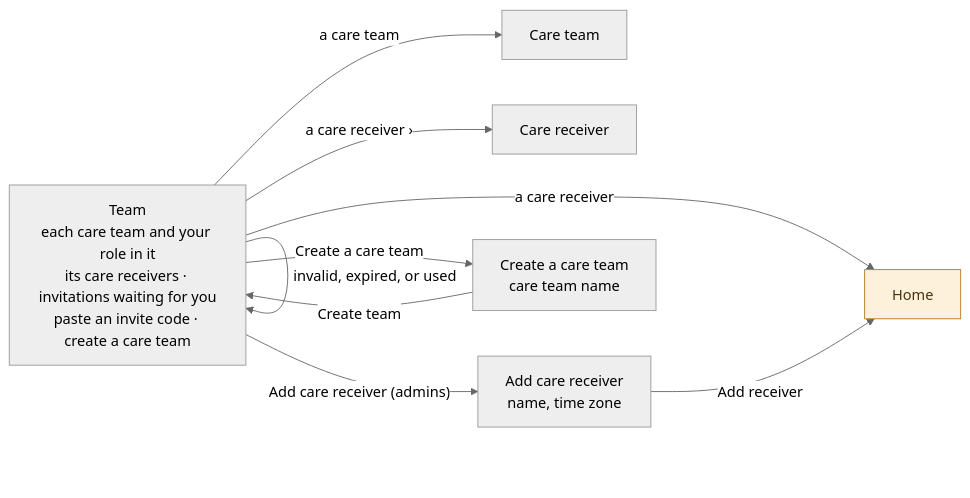
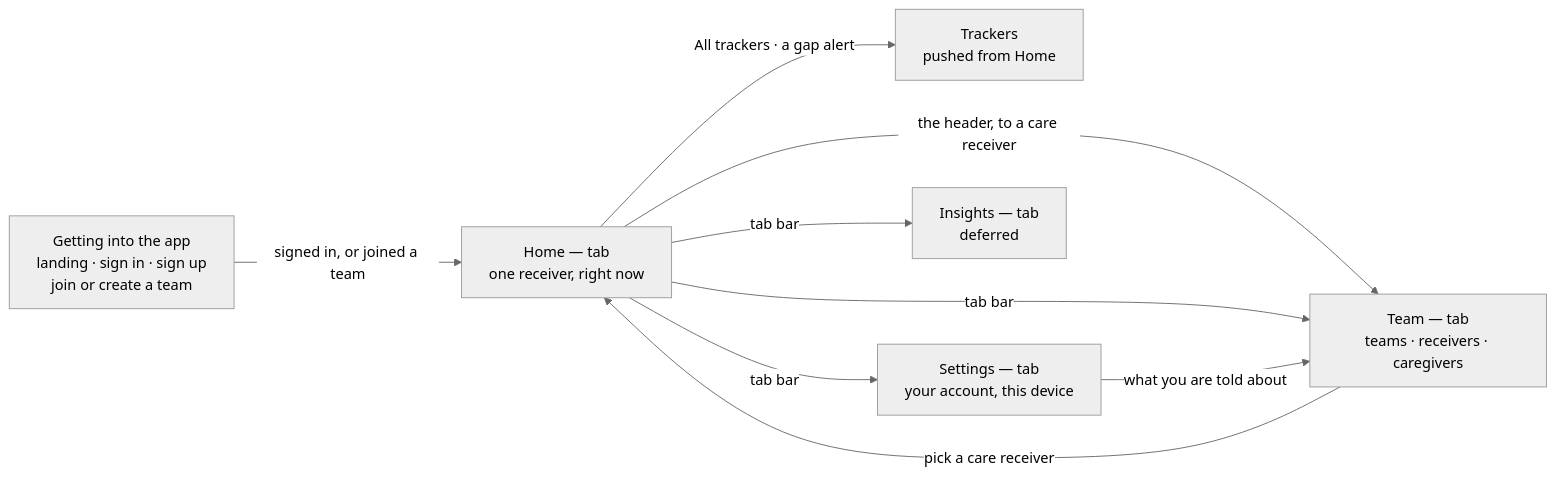
One commit to care-giver-app/caregiver-v2 changed the diagram in docs/PRD.md. Above: the diagram before and after it, drawn with Mermaid (neutral theme). The commit also changed other lines of this file and 2 other files, not shown here.

````diff
--- a/docs/PRD.md
+++ b/docs/PRD.md
@@ -816,22 +338,18 @@
 ```mermaid
 flowchart LR
-    Team["Team<br/>each care team and your role in it<br/>its care receivers · invitations waiting for you<br/>paste an invite code · create a care team"]
-    CareTeam["Care team"]
-    Receiver["Care receiver"]
-    AddReceiver["Add care receiver<br/>name, time zone"]
-    NewTeam["Create a care team<br/>care team name"]
-    Home["Home"]
+    GettingIn["Getting into the app<br/>landing · sign in · sign up<br/>join or create a team"]
+    Home["Home — tab<br/>one receiver, right now"]
+    Trackers["Trackers<br/>pushed from Home"]
+    Team["Team — tab<br/>teams · receivers · caregivers"]
+    Settings["Settings — tab<br/>your account, this device"]
+    Insights["Insights — tab<br/>deferred"]
 
-    Team -- "a care receiver" --> Home
-    Team -- "a care receiver ›" --> Receiver
-    Team -- "a care team" --> CareTeam
-    Team -- "Add care receiver (admins)" --> AddReceiver
-    AddReceiver -- "Add receiver" --> Home
-    Team -- "Create a care team" --> NewTeam
-    NewTeam -- "Create team" --> Team
-    Team -- "Accept, or paste a code" --> Team
-    Team -- "invalid, expired, or used" --> Team
-
-    classDef handoff fill:#FDF1DC,stroke:#B8791F,color:#4A3410
-    class Home handoff
+    GettingIn -- "signed in, or joined a team" --> Home
+    Home -- "All trackers · a gap alert" --> Trackers
+    Home -- "the header, to a care receiver" --> Team
+    Home -- "tab bar" --> Team
+    Home -- "tab bar" --> Settings
+    Home -- "tab bar" --> Insights
+    Team -- "pick a care receiver" --> Home
+    Settings -- "what you are told about" --> Team
 ```
````
